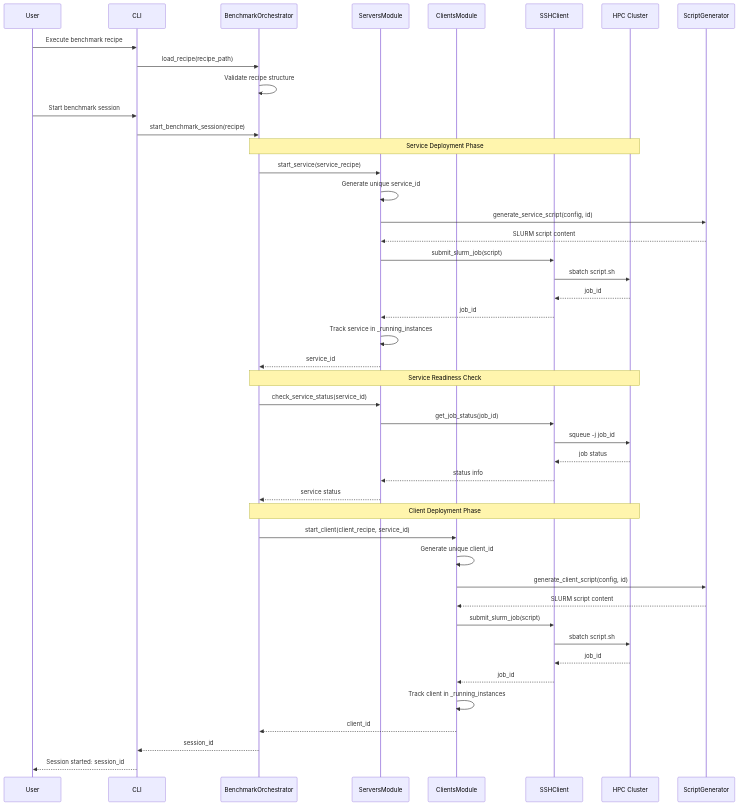
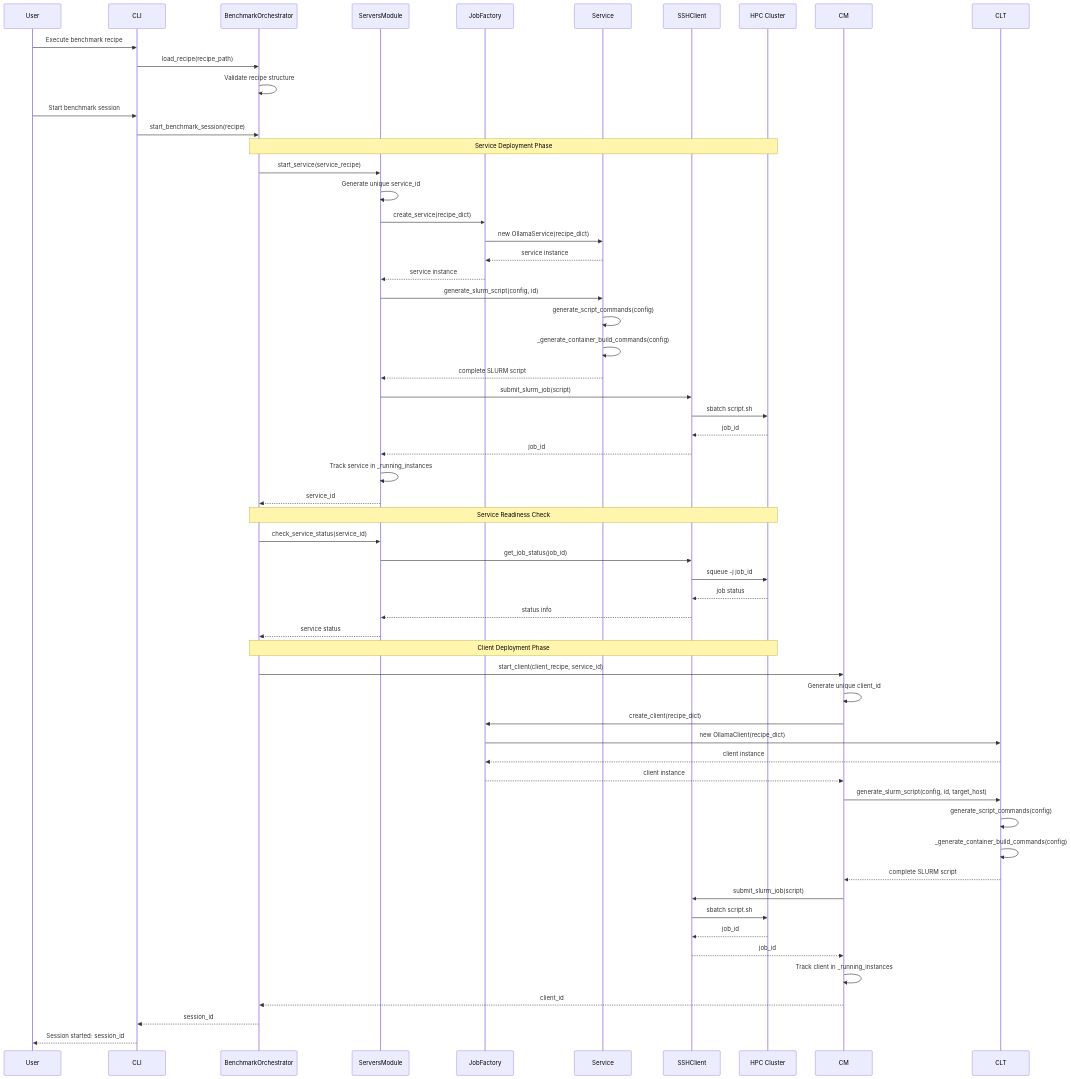
Before and after one commit to ChrisKarg/team10_EUMASTER4HPC2526_challenge: the fifth of 8 diagrams in docs/ARCHITECTURE_DOCUMENTATION.md, drawn with Mermaid. The commit also changed other lines of this file and 10 other files, not shown here.

First line of the commit message:
Changed script_generator design

````diff
--- a/docs/ARCHITECTURE_DOCUMENTATION.md
+++ b/docs/ARCHITECTURE_DOCUMENTATION.md
@@ -253,52 +305,65 @@
 ```mermaid
 sequenceDiagram
     participant User
     participant CLI
     participant BO as BenchmarkOrchestrator
     participant SM as ServersModule
-    participant CM as ClientsModule
+    participant JF as JobFactory
+    participant SRV as Service
     participant SSH as SSHClient
     participant HPC as HPC Cluster
     
     User->>CLI: Execute benchmark recipe
     CLI->>BO: load_recipe(recipe_path)
     BO->>BO: Validate recipe structure
     
     User->>CLI: Start benchmark session
     CLI->>BO: start_benchmark_session(recipe)
     
     Note over BO,HPC: Service Deployment Phase
     BO->>SM: start_service(service_recipe)
     SM->>SM: Generate unique service_id
-    SM->>ScriptGenerator: generate_service_script(config, id)
-    ScriptGenerator-->>SM: SLURM script content
+    SM->>JF: create_service(recipe_dict)
+    JF->>SRV: new OllamaService(recipe_dict)
+    SRV-->>JF: service instance
+    JF-->>SM: service instance
+    SM->>SRV: generate_slurm_script(config, id)
+    SRV->>SRV: generate_script_commands(config)
+    SRV->>SRV: _generate_container_build_commands(config)
+    SRV-->>SM: complete SLURM script
     SM->>SSH: submit_slurm_job(script)
     SSH->>HPC: sbatch script.sh
     HPC-->>SSH: job_id
     SSH-->>SM: job_id
     SM->>SM: Track service in _running_instances
     SM-->>BO: service_id
     
     Note over BO,HPC: Service Readiness Check
     BO->>SM: check_service_status(service_id)
     SM->>SSH: get_job_status(job_id)
     SSH->>HPC: squeue -j job_id
     HPC-->>SSH: job status
     SSH-->>SM: status info
     SM-->>BO: service status
     
     Note over BO,HPC: Client Deployment Phase
     BO->>CM: start_client(client_recipe, service_id)
     CM->>CM: Generate unique client_id
-    CM->>ScriptGenerator: generate_client_script(config, id)
-    ScriptGenerator-->>CM: SLURM script content
+    CM->>JF: create_client(recipe_dict)
+    JF->>CLT: new OllamaClient(recipe_dict)
+    CLT-->>JF: client instance
+    JF-->>CM: client instance
+    CM->>CLT: generate_slurm_script(config, id, target_host)
+    CLT->>CLT: generate_script_commands(config)
+    CLT->>CLT: _generate_container_build_commands(config)
+    CLT-->>CM: complete SLURM script
     CM->>SSH: submit_slurm_job(script)
     SSH->>HPC: sbatch script.sh
     HPC-->>SSH: job_id
     SSH-->>CM: job_id
     CM->>CM: Track client in _running_instances
     CM-->>BO: client_id
     
     BO-->>CLI: session_id
     CLI-->>User: Session started: session_id
 ```
````
